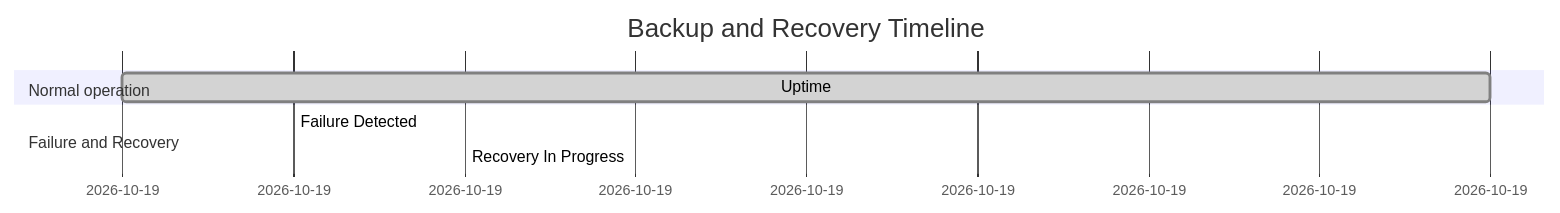
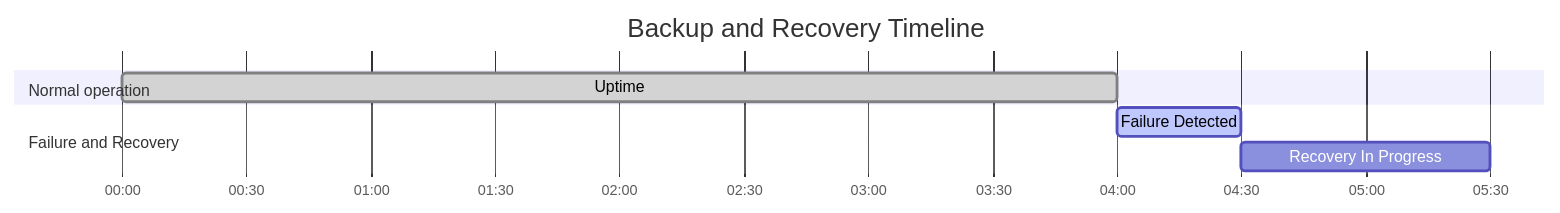
Before and after one commit to Charikshith/AI_Library: the tenth of 13 diagrams in notes/system-design/markdown/9 - Reliability, Availability & Disaster Recovery.md, drawn with Mermaid. The commit also changed other lines of this file and 37 other files, not shown here.

Commit message:
update: convert 47 text diagrams to Mermaid, re-lay-out wide diagrams, fix broken edge labels and Gantt durations

````diff
--- a/notes/system-design/markdown/9 - Reliability, Availability & Disaster Recovery.md
+++ b/notes/system-design/markdown/9 - Reliability, Availability & Disaster Recovery.md
@@ -507,10 +500,11 @@
 ```mermaid
 gantt
     dateFormat  HH:mm
+    axisFormat  %H:%M
     title Backup and Recovery Timeline
     section Normal operation
-    Uptime                :done,    des1, 00:00, 04:00
+    Uptime                :done,    des1, 00:00, 4h
     section Failure and Recovery
-    Failure Detected      :active,  des2, 04:00, 00:30
-    Recovery In Progress  :         des3, 04:30, 01:00
+    Failure Detected      :active,  des2, 04:00, 30m
+    Recovery In Progress  :         des3, 04:30, 1h
 ```
````
